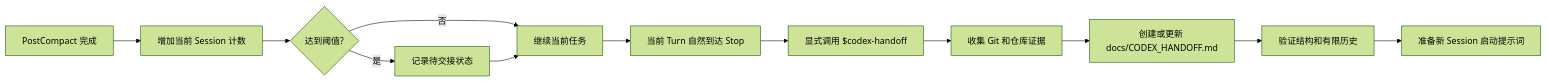
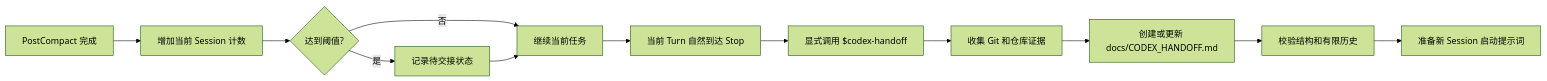
One commit to HaoPan036/codex-handoff changed the diagram in README.zh-CN.md. Above: the diagram before and after it, drawn with Mermaid (forest theme). The commit also changed other lines of this file and 8 other files, not shown here.

````diff
--- a/README.zh-CN.md
+++ b/README.zh-CN.md
@@ -27,14 +62,14 @@
 ```mermaid
 flowchart LR
     A[PostCompact 完成] --> B[增加当前 Session 计数]
     B --> C{达到阈值?}
     C -- 否 --> D[继续当前任务]
     C -- 是 --> E[记录待交接状态]
     E --> D
     D --> F[当前 Turn 自然到达 Stop]
     F --> G[显式调用 $codex-handoff]
     G --> H[收集 Git 和仓库证据]
     H --> I[创建或更新 docs/CODEX_HANDOFF.md]
-    I --> J[验证结构和有限历史]
+    I --> J[校验结构和有限历史]
     J --> K[准备新 Session 启动提示词]
 ```
````
